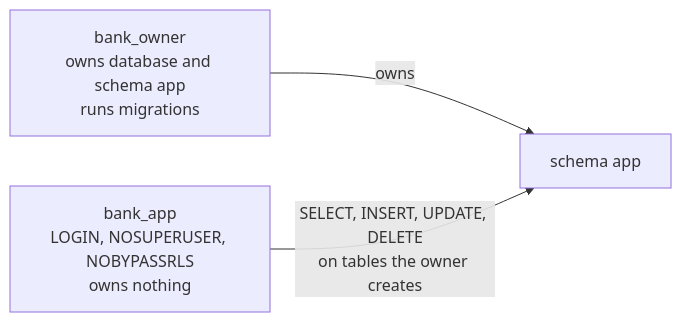
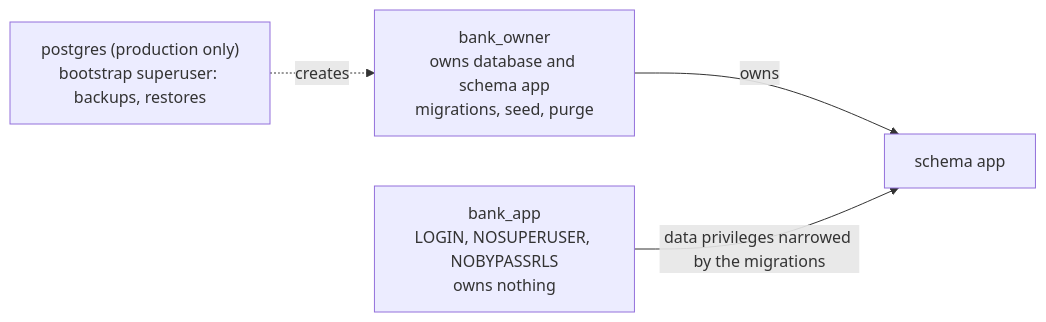
Before and after one commit to Youngermaster/factored-hackathon-2026-la-brasil-del-70: the second of 2 diagrams in deploy/README.md, drawn with Mermaid. The commit also changed other lines of this file, not shown here.

````diff
--- a/deploy/README.md
+++ b/deploy/README.md
@@ -17,8 +296,10 @@
 ```mermaid
 flowchart LR
-    owner["bank_owner<br/>owns database and schema app<br/>runs migrations"]
+    superuser["postgres (production only)<br/>bootstrap superuser: backups, restores"]
+    owner["bank_owner<br/>owns database and schema app<br/>migrations, seed, purge"]
     app["bank_app<br/>LOGIN, NOSUPERUSER, NOBYPASSRLS<br/>owns nothing"]
     schema["schema app"]
+    superuser -. "creates" .-> owner
     owner -- owns --> schema
-    app -- "SELECT, INSERT, UPDATE, DELETE<br/>on tables the owner creates" --> schema
+    app -- "data privileges narrowed by the migrations" --> schema
 ```
````
